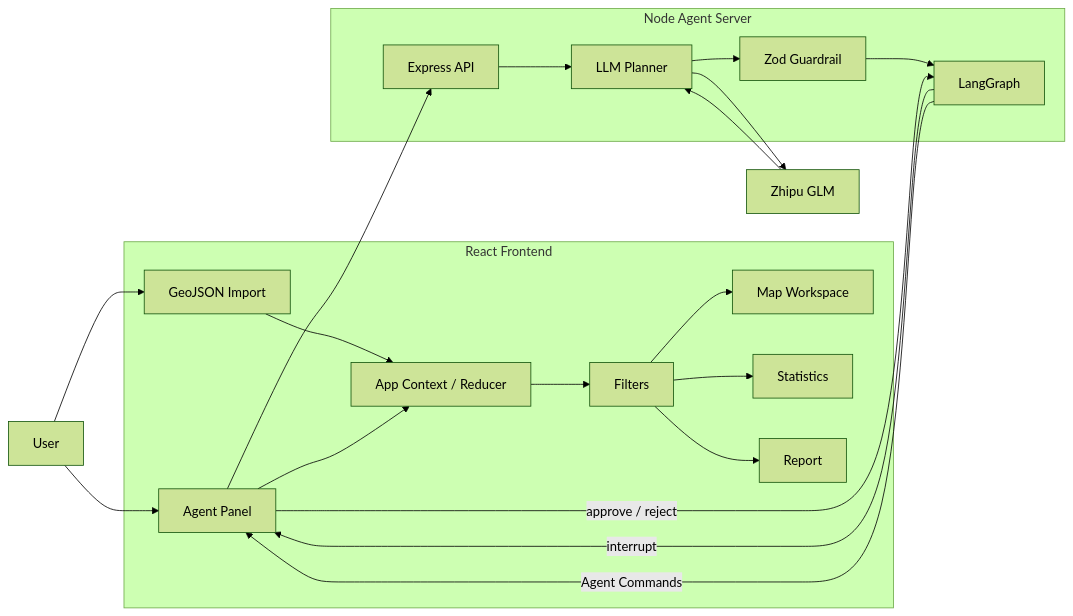
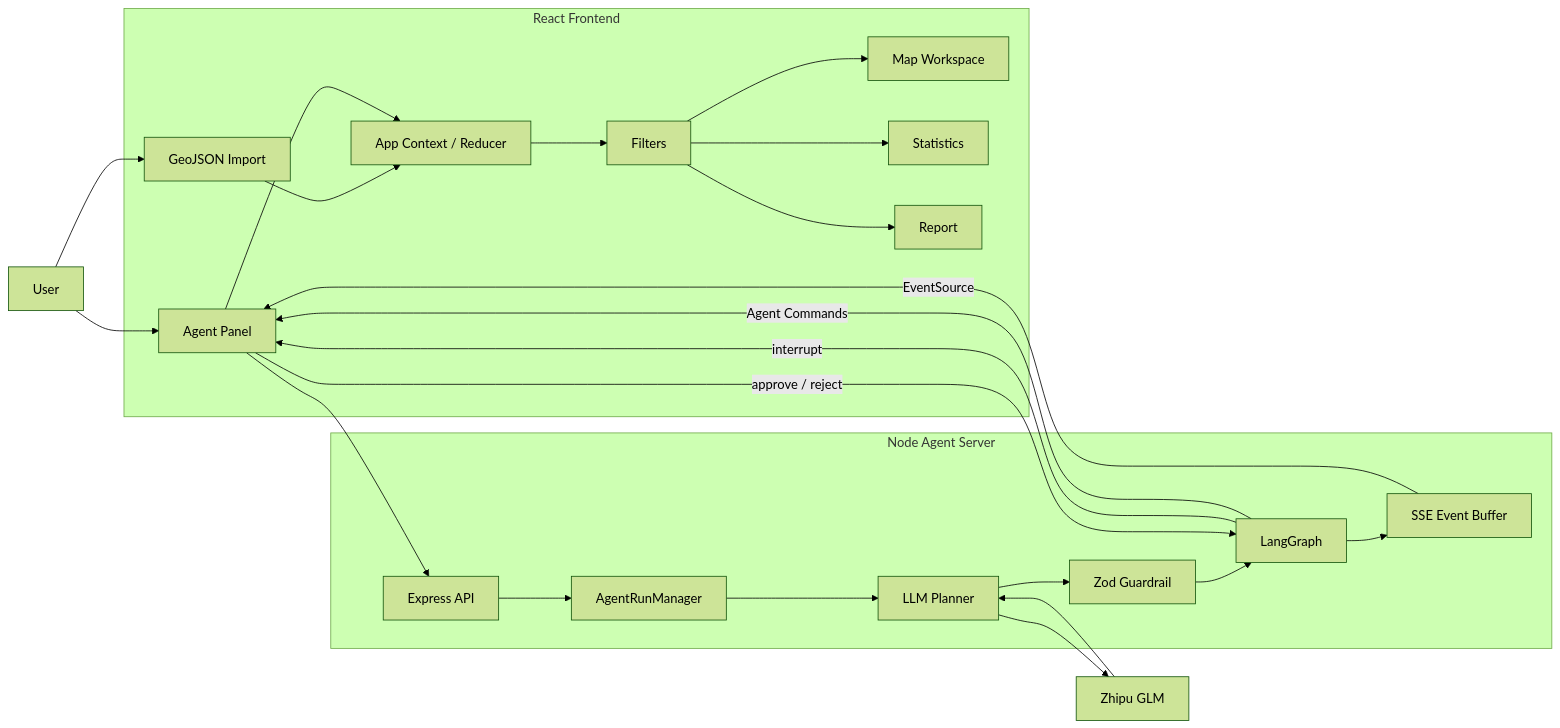
Before and after one commit to catherinhalpainy-dev/GeoInsightAI: the diagram in README.md, drawn with Mermaid (forest theme). The commit also changed other lines of this file and 15 other files, not shown here.

Commit message:
feat: add SSE streaming for GIS agent

````diff
--- a/README.md
+++ b/README.md
@@ -125,46 +127,51 @@
 ```mermaid
 flowchart LR
     User[User]
 
     subgraph Frontend[React Frontend]
         Import[GeoJSON Import]
         Context[App Context / Reducer]
         Filters[Filters]
         Workspace[Map Workspace]
         Statistics[Statistics]
         Report[Report]
         AgentUI[Agent Panel]
     end
 
     subgraph Backend[Node Agent Server]
         API[Express API]
+        Runs[AgentRunManager]
         Planner[LLM Planner]
         Guard[Zod Guardrail]
         Graph[LangGraph]
+        Buffer[SSE Event Buffer]
     end
 
     GLM[Zhipu GLM]
 
     User --> Import
     Import --> Context
 
     Context --> Filters
     Filters --> Workspace
     Filters --> Statistics
     Filters --> Report
 
     User --> AgentUI
     AgentUI --> API
-    API --> Planner
+    API --> Runs
+    Runs --> Planner
     Planner --> GLM
     GLM --> Planner
 
     Planner --> Guard
     Guard --> Graph
+    Graph --> Buffer
+    Buffer -->|EventSource| AgentUI
 
     Graph -->|interrupt| AgentUI
     AgentUI -->|approve / reject| Graph
 
     Graph -->|Agent Commands| AgentUI
     AgentUI --> Context
 ```
````
